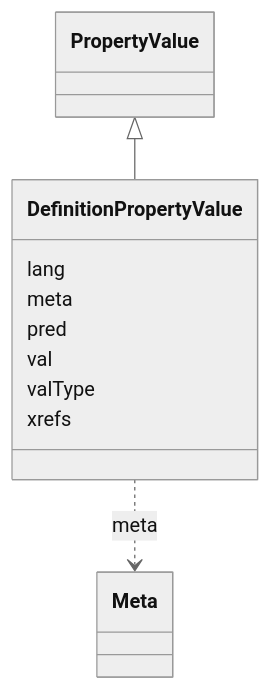
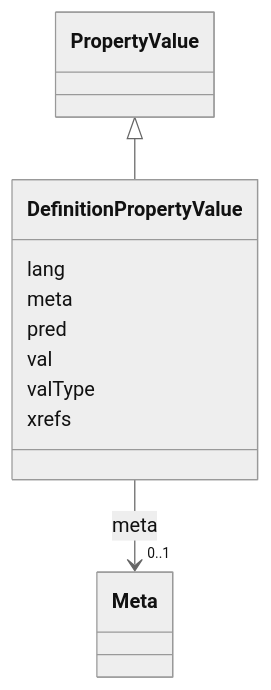
Before and after one commit to INCATools/ontology-access-kit: the diagram in docs/datamodels/obograph/DefinitionPropertyValue.md, drawn with Mermaid (neutral theme). The commit also changed other lines of this file and 23 other files, not shown here.

````diff
--- a/docs/datamodels/obograph/DefinitionPropertyValue.md
+++ b/docs/datamodels/obograph/DefinitionPropertyValue.md
@@ -11,21 +19,28 @@
-```{mermaid}
+```mermaid
  classDiagram
     class DefinitionPropertyValue
+    click DefinitionPropertyValue href "../DefinitionPropertyValue"
       PropertyValue <|-- DefinitionPropertyValue
+        click PropertyValue href "../PropertyValue"
       
       DefinitionPropertyValue : lang
         
       DefinitionPropertyValue : meta
         
-          DefinitionPropertyValue ..> Meta : meta
+          
+    
+    
+    DefinitionPropertyValue --> "0..1" Meta : meta
+    click Meta href "../Meta"
+
         
       DefinitionPropertyValue : pred
         
       DefinitionPropertyValue : val
         
       DefinitionPropertyValue : valType
         
       DefinitionPropertyValue : xrefs
         
       
 ```
````
